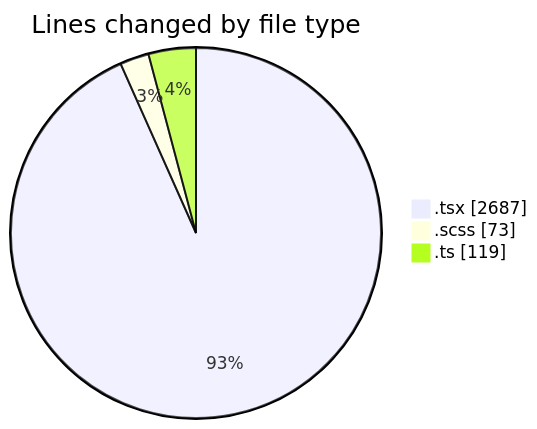
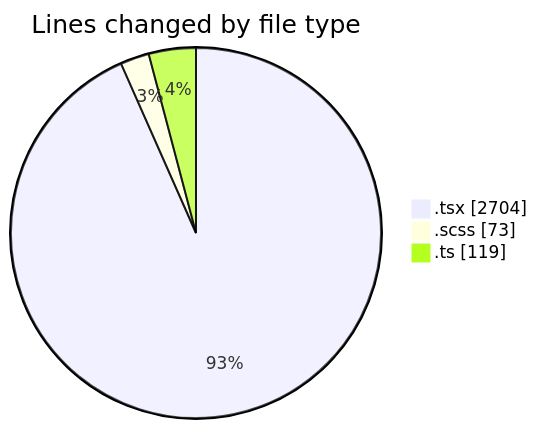
One commit to momahboobian/code-tracking changed the first of 2 diagrams in 2025-06-13/cda/README.md. Above: the diagram before and after it, drawn with Mermaid. The commit also changed other lines of this file and 1 other file, not shown here.

````diff
--- a/2025-06-13/cda/README.md
+++ b/2025-06-13/cda/README.md
@@ -28,7 +28,7 @@
 ```mermaid
 pie showData
 title Lines changed by file type
-".tsx" : 2687
+".tsx" : 2704
 ".scss" : 73
 ".ts" : 119
 ```
````
